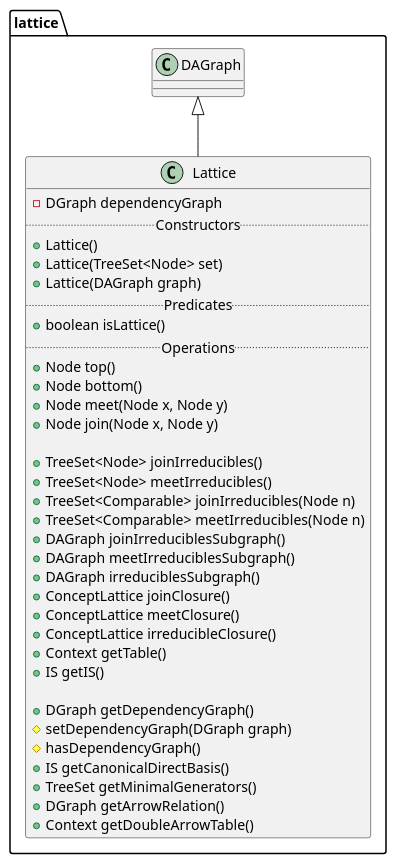
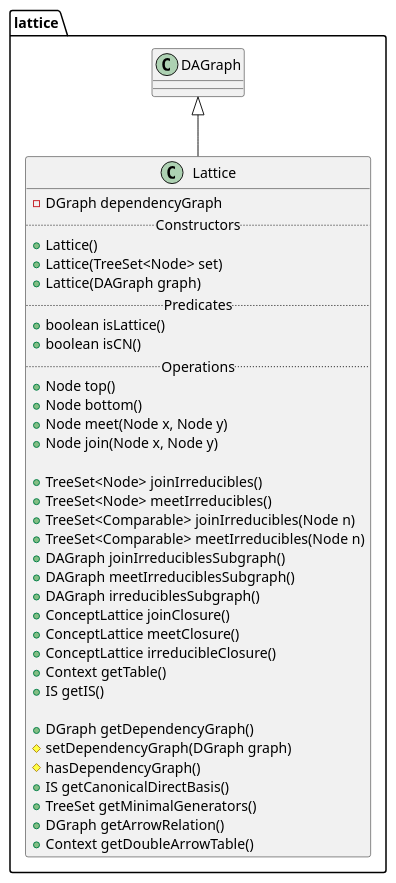
Before and after one commit to thegalactic/java-lattices: the diagram in src/lattice/Lattice.iuml, drawn with PlantUML. The commit also changed 3 other files, not shown here.

```diff
--- a/src/lattice/Lattice.iuml
+++ b/src/lattice/Lattice.iuml
@@ -1,39 +1,40 @@
 package lattice {
     class Lattice {
         -DGraph dependencyGraph
         .. Constructors ..
         +Lattice()
         +Lattice(TreeSet<Node> set)
         +Lattice(DAGraph graph)
         .. Predicates ..
         +boolean isLattice()
+        +boolean isCN() 
         .. Operations ..
         +Node top()
         +Node bottom()
         +Node meet(Node x, Node y)
         +Node join(Node x, Node y)
 
         +TreeSet<Node> joinIrreducibles()
         +TreeSet<Node> meetIrreducibles()
         +TreeSet<Comparable> joinIrreducibles(Node n)
         +TreeSet<Comparable> meetIrreducibles(Node n)
         +DAGraph joinIrreduciblesSubgraph()
         +DAGraph meetIrreduciblesSubgraph()
         +DAGraph irreduciblesSubgraph()
         +ConceptLattice joinClosure()
         +ConceptLattice meetClosure()
         +ConceptLattice irreducibleClosure()
         +Context getTable()
         +IS getIS()
 
         +DGraph getDependencyGraph()
         #setDependencyGraph(DGraph graph)
         #hasDependencyGraph()
         +IS getCanonicalDirectBasis()
         +TreeSet getMinimalGenerators()
         +DGraph getArrowRelation()
         +Context getDoubleArrowTable()
     }
 
     DAGraph <|-- Lattice
 }
```
